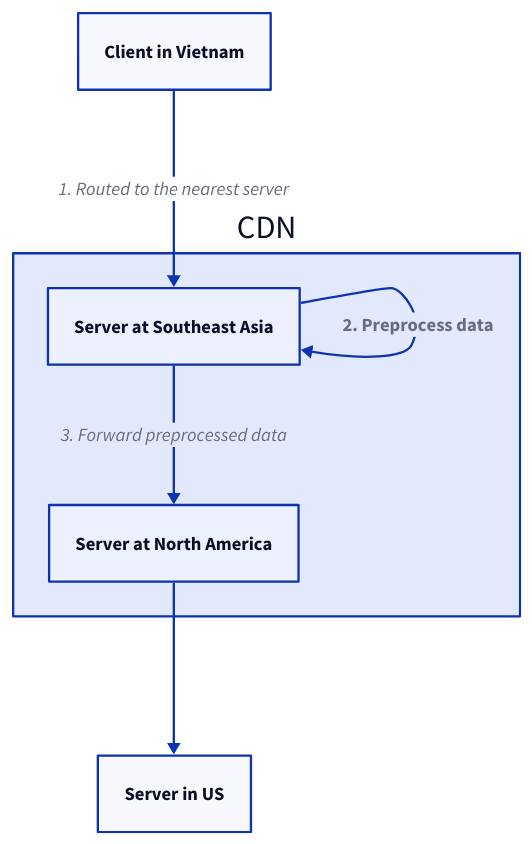
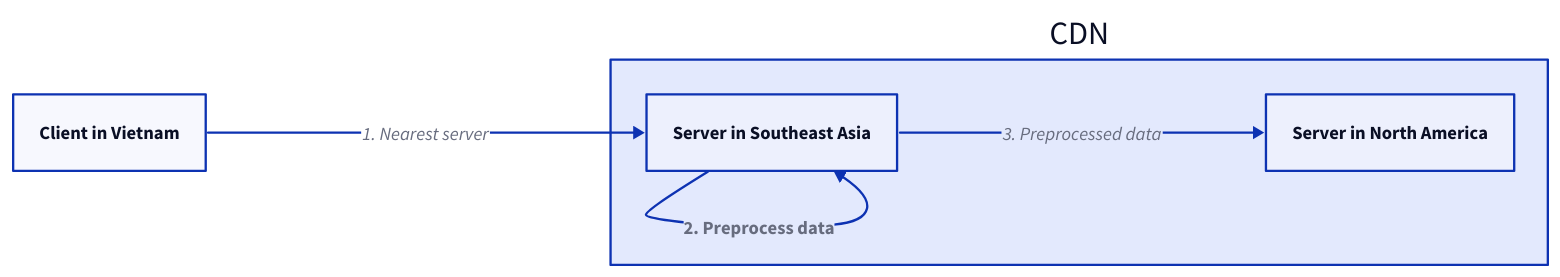
Diagram 19 of 19 in content/docs/data-persistence/media-storage.md (link1905/system-design-101), drawn with D2 before and after one commit. The commit also changed other lines of this file and 40 other files, not shown here.

````diff
--- a/content/docs/data-persistence/media-storage.md
+++ b/content/docs/data-persistence/media-storage.md
@@ -533,22 +589,19 @@
 ```d2
+direction: right
 cdn: CDN {
-  s1: Server at Southeast Asia {
+  s1: Server in Southeast Asia {
     class: server
   }
-  s2: Server at North America {
+  s2: Server in North America {
     class: server
   }
 }
 c: Client in Vietnam {
   class: client
 }
-s: Server in US {
-  class: server
-}
-c -> cdn.s1: 1. Routed to the nearest server
+c -> cdn.s1: 1. Nearest server
 cdn.s1 -> cdn.s1: 2. Preprocess data {
   style.bold: true
 }
-cdn.s1 -> cdn.s2: 3. Forward preprocessed data
-cdn.s2 -> s
+cdn.s1 -> cdn.s2: 3. Preprocessed data
 ```
````
